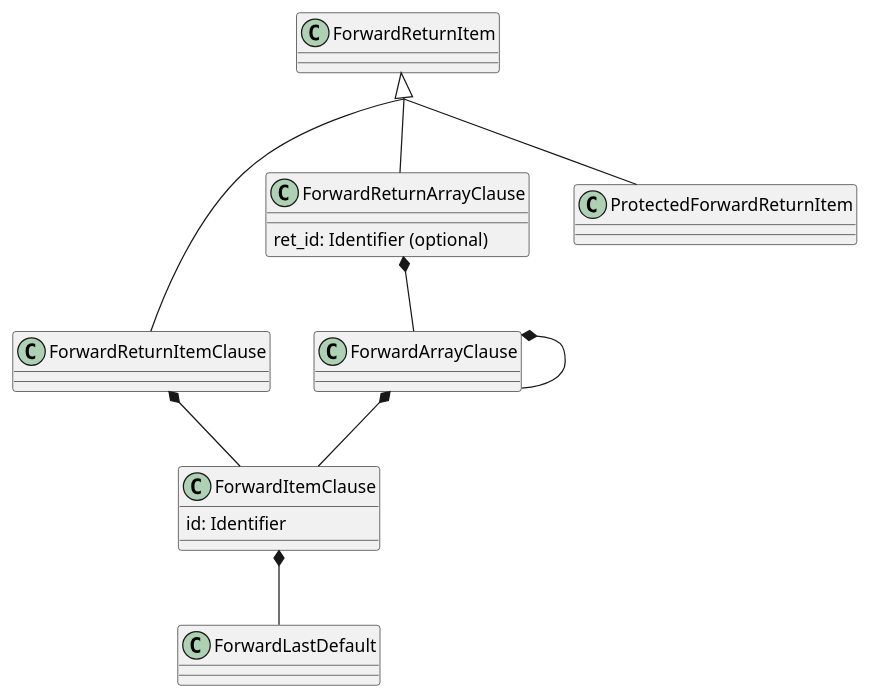
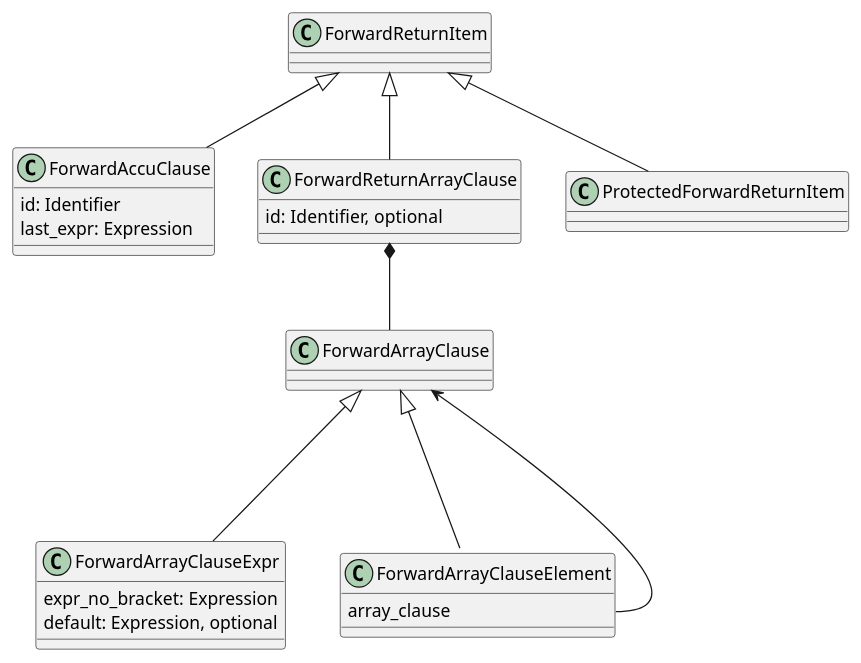
One commit to ansys/pyscadeone changed the diagram in doc/source/api/language/expressions/forward_return.puml. Above: the diagram before and after it, drawn with PlantUML. The commit also changed 451 other files, not shown here.

```diff
--- a/doc/source/api/language/expressions/forward_return.puml
+++ b/doc/source/api/language/expressions/forward_return.puml
@@ -1,25 +1,39 @@
 @startuml
 ' Forward return
-skinparam groupInheritance 2
 
 
-class ForwardItemClause {
+' Accumulation
+ForwardReturnItem <|-- ForwardAccuClause
+
+class ForwardAccuClause {
     id: Identifier
-}
-ForwardItemClause *-- ForwardLastDefault
-
-ForwardArrayClause *-- ForwardItemClause 
-ForwardArrayClause *-- ForwardArrayClause
-
-ForwardReturnItem <|-- ForwardReturnItemClause
-ForwardReturnItemClause *-- ForwardItemClause
-
-ForwardReturnItem <|-- ForwardReturnArrayClause
-ForwardReturnArrayClause *-- ForwardArrayClause
-class ForwardReturnArrayClause {
-    ret_id: Identifier (optional)
+    last_expr: Expression
 }
 
+' Array clause
+ForwardReturnItem <|-- ForwardReturnArrayClause
+
+class ForwardReturnArrayClause {
+    id: Identifier, optional
+}
+ForwardReturnArrayClause *-- ForwardArrayClause
+' array clause expr
+
+ForwardArrayClause <|--- ForwardArrayClauseExpr
+
+class ForwardArrayClauseExpr {
+    expr_no_bracket: Expression
+    default: Expression, optional
+}
+' array clause element
+class ForwardArrayClauseElement {
+    array_clause
+}
+ForwardArrayClause <|--- ForwardArrayClauseElement
+
+ForwardArrayClauseElement::array_clause ---> ForwardArrayClause
+
+' Protected return item
 ForwardReturnItem <|-- ProtectedForwardReturnItem
 
 @enduml
```
